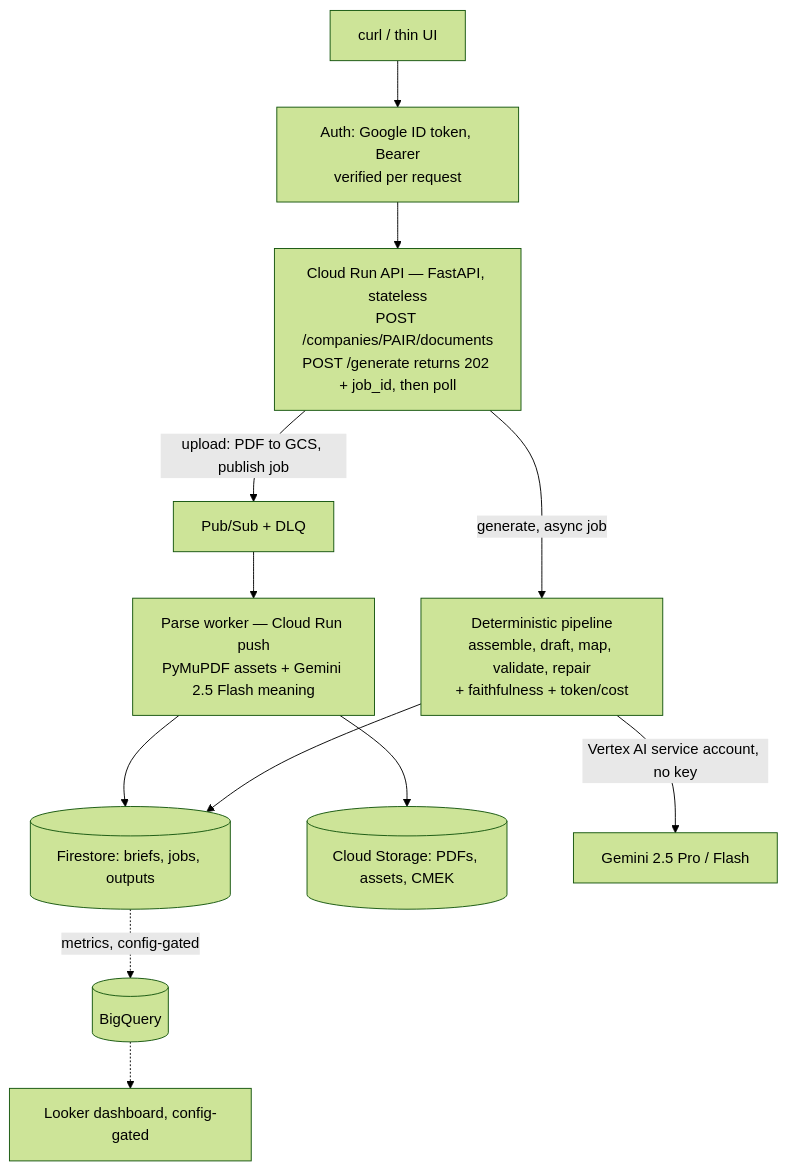
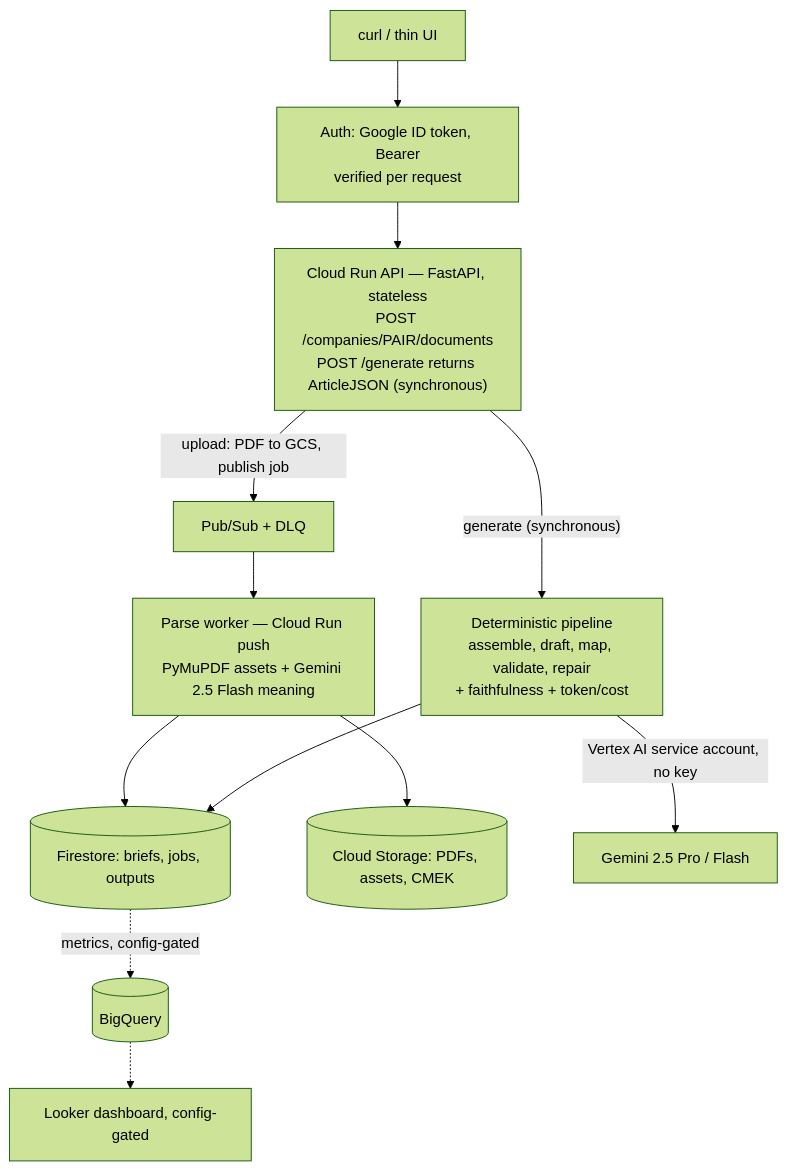
One commit to yashgpt2894/genai-marketing-collateral changed the diagram in ARCHITECTURE.md. Above: the diagram before and after it, drawn with Mermaid (forest theme). The commit also changed other lines of this file and 15 other files, not shown here.

````diff
--- a/ARCHITECTURE.md
+++ b/ARCHITECTURE.md
@@ -12,19 +12,19 @@
 ```mermaid
 flowchart TB
   CLIENT["curl / thin UI"]
   AUTH["Auth: Google ID token, Bearer<br/>verified per request"]
   CLIENT --> AUTH
-  AUTH --> API["Cloud Run API — FastAPI, stateless<br/>POST /companies/PAIR/documents<br/>POST /generate returns 202 + job_id, then poll"]
+  AUTH --> API["Cloud Run API — FastAPI, stateless<br/>POST /companies/PAIR/documents<br/>POST /generate returns ArticleJSON (synchronous)"]
 
   API -- "upload: PDF to GCS, publish job" --> PS["Pub/Sub + DLQ"]
   PS --> WORK["Parse worker — Cloud Run push<br/>PyMuPDF assets + Gemini 2.5 Flash meaning"]
   WORK --> FS[("Firestore: briefs, jobs, outputs")]
   WORK --> GCS[("Cloud Storage: PDFs, assets, CMEK")]
 
-  API -- "generate, async job" --> GEN["Deterministic pipeline<br/>assemble, draft, map, validate, repair<br/>+ faithfulness + token/cost"]
+  API -- "generate (synchronous)" --> GEN["Deterministic pipeline<br/>assemble, draft, map, validate, repair<br/>+ faithfulness + token/cost"]
   GEN -- "Vertex AI service account, no key" --> MODEL["Gemini 2.5 Pro / Flash"]
   GEN --> FS
 
   FS -. "metrics, config-gated" .-> BQ[("BigQuery")]
   BQ -.-> LOOK["Looker dashboard, config-gated"]
 ```
````
